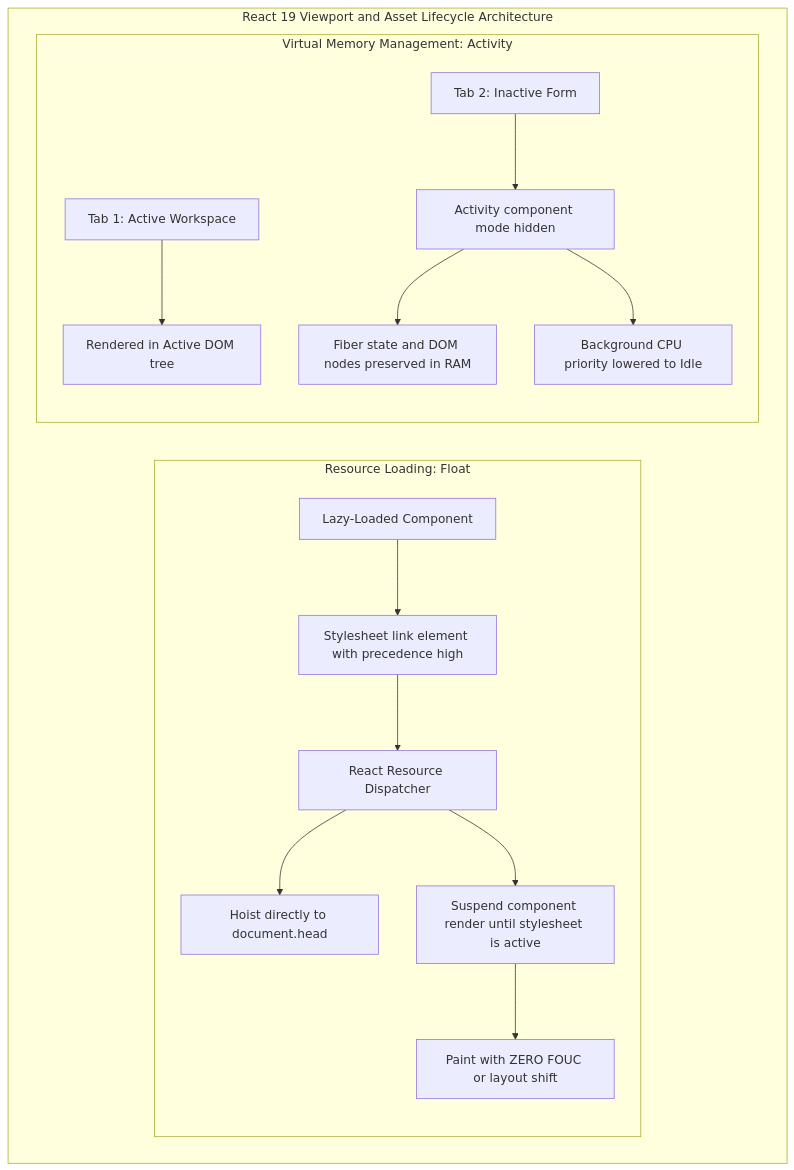
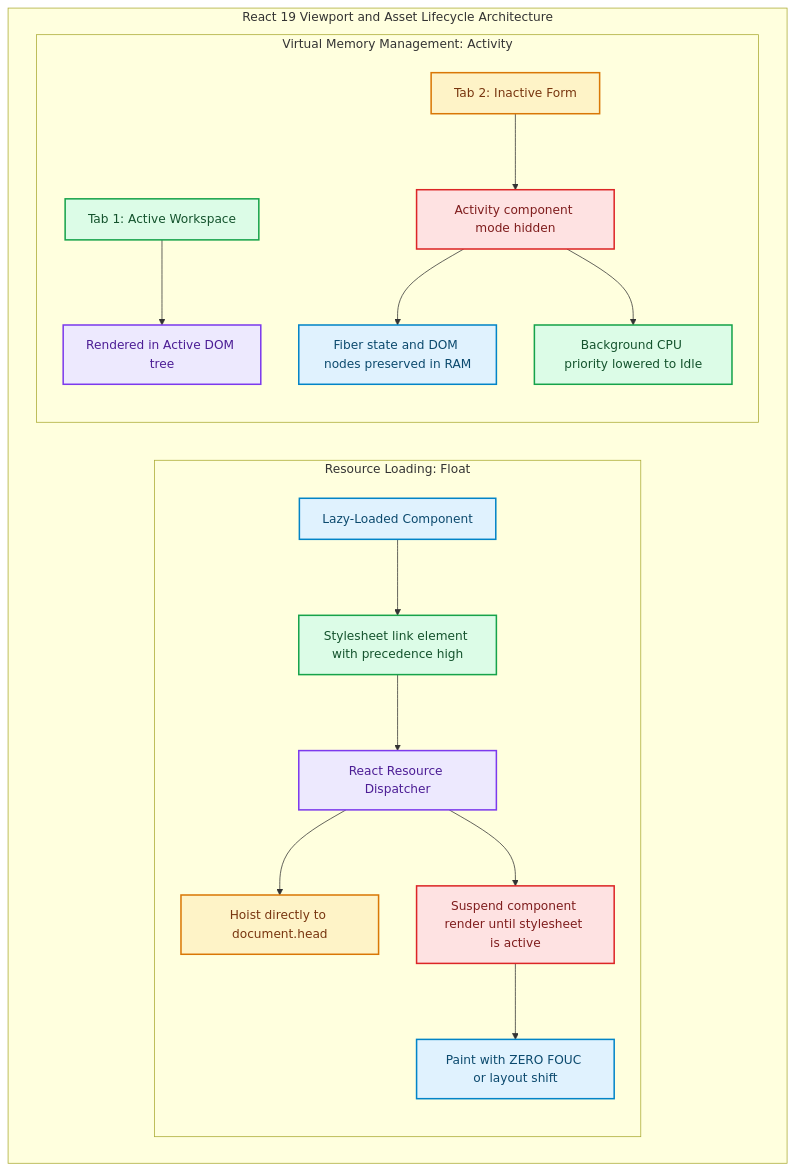
Before and after one commit to akmalkhaniub/akmalkhaniub.github.io: the diagram in blog/posts/react-19-resource-loading-float-activity-offscreen-viewport-memory.md, drawn with Mermaid. The commit also changed other lines of this file and 1291 other files, not shown here.

First line of the commit message:
feat(catalog): unique covers, scholarly references, and diagram palettes

````diff
--- a/blog/posts/react-19-resource-loading-float-activity-offscreen-viewport-memory.md
+++ b/blog/posts/react-19-resource-loading-float-activity-offscreen-viewport-memory.md
@@ -16,19 +16,30 @@
 ```mermaid
 flowchart TD
   subgraph ViewportArch ["React 19 Viewport and Asset Lifecycle Architecture"]
     subgraph FloatLoading ["Resource Loading: Float"]
       ComponentA["Lazy-Loaded Component"] --> DeclareStyle["Stylesheet link element with precedence high"]
       DeclareStyle --> Dispatcher["React Resource Dispatcher"]
       Dispatcher --> HoistHead["Hoist directly to document.head"]
       Dispatcher --> SuspendRender["Suspend component render until stylesheet is active"]
       SuspendRender --> Paint["Paint with ZERO FOUC or layout shift"]
     end
 
     subgraph ActivityManagement ["Virtual Memory Management: Activity"]
       ActiveTab["Tab 1: Active Workspace"] --> RenderActive["Rendered in Active DOM tree"]
       InactiveTab["Tab 2: Inactive Form"] --> ActivityWrapper["Activity component mode hidden"]
       ActivityWrapper --> DetachedFiber["Fiber state and DOM nodes preserved in RAM"]
       ActivityWrapper --> DeferCPU["Background CPU priority lowered to Idle"]
     end
   end
+
+classDef green fill:#dcfce7,stroke:#16a34a,stroke-width:2px,color:#14532d;
+classDef red fill:#fee2e2,stroke:#dc2626,stroke-width:2px,color:#7f1d1d;
+classDef blue fill:#e0f2fe,stroke:#0284c7,stroke-width:2px,color:#0c4a6e;
+classDef yellow fill:#fef3c7,stroke:#d97706,stroke-width:2px,color:#78350f;
+classDef purple fill:#ede9fe,stroke:#7c3aed,stroke-width:2px,color:#4c1d95;
+class ComponentA,Paint,DetachedFiber blue
+class DeclareStyle,ActiveTab,DeferCPU green
+class Dispatcher,RenderActive purple
+class HoistHead,InactiveTab yellow
+class SuspendRender,ActivityWrapper red
 ```
````
